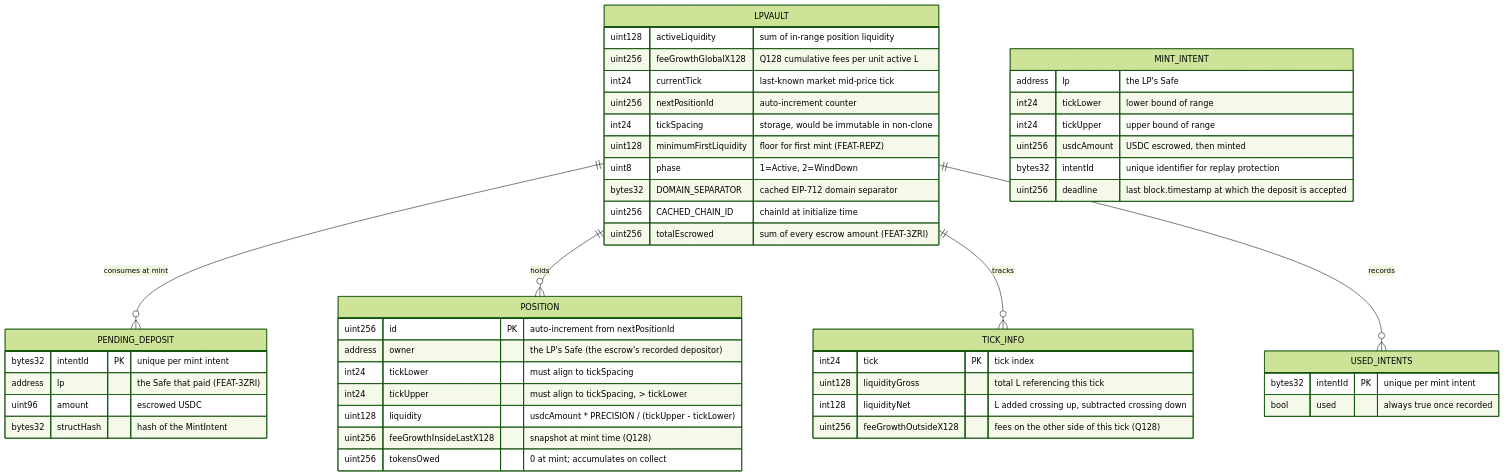
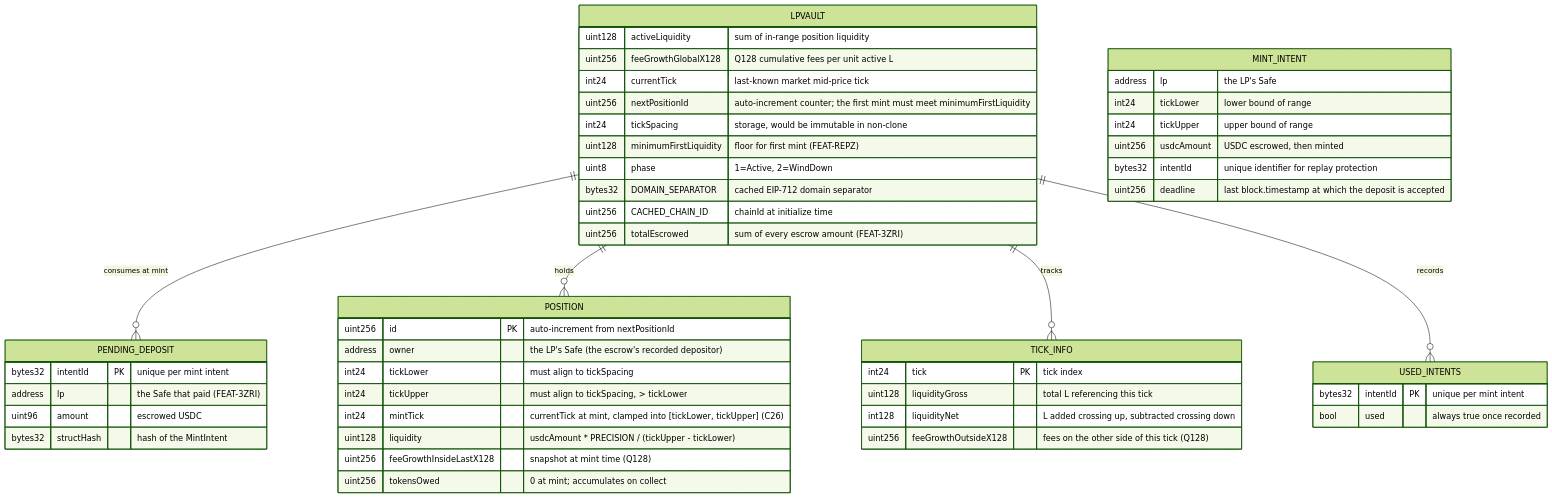
One commit to ProphetMarket/lp-vaults changed the third of 3 diagrams in specs/features/contracts/FEAT-T7AF-mint-lp-position/ARCHITECTURE.md. Above: the diagram before and after it, drawn with Mermaid (forest theme). The commit also changed other lines of this file and 14 other files, not shown here.

First line of the commit message:
spec (vault): Specify the mint tick and the merge guards

````diff
--- a/specs/features/contracts/FEAT-T7AF-mint-lp-position/ARCHITECTURE.md
+++ b/specs/features/contracts/FEAT-T7AF-mint-lp-position/ARCHITECTURE.md
@@ -53,52 +53,53 @@
 ```mermaid
 erDiagram
     LPVAULT {
         uint128 activeLiquidity "sum of in-range position liquidity"
         uint256 feeGrowthGlobalX128 "Q128 cumulative fees per unit active L"
         int24 currentTick "last-known market mid-price tick"
-        uint256 nextPositionId "auto-increment counter"
+        uint256 nextPositionId "auto-increment counter; the first mint must meet minimumFirstLiquidity"
         int24 tickSpacing "storage, would be immutable in non-clone"
         uint128 minimumFirstLiquidity "floor for first mint (FEAT-REPZ)"
         uint8 phase "1=Active, 2=WindDown"
         bytes32 DOMAIN_SEPARATOR "cached EIP-712 domain separator"
         uint256 CACHED_CHAIN_ID "chainId at initialize time"
         uint256 totalEscrowed "sum of every escrow amount (FEAT-3ZRI)"
     }
     LPVAULT ||--o{ PENDING_DEPOSIT : "consumes at mint"
     PENDING_DEPOSIT {
         bytes32 intentId PK "unique per mint intent"
         address lp "the Safe that paid (FEAT-3ZRI)"
         uint96 amount "escrowed USDC"
         bytes32 structHash "hash of the MintIntent"
     }
     LPVAULT ||--o{ POSITION : "holds"
     LPVAULT ||--o{ TICK_INFO : "tracks"
     LPVAULT ||--o{ USED_INTENTS : "records"
     POSITION {
         uint256 id PK "auto-increment from nextPositionId"
         address owner "the LP's Safe (the escrow's recorded depositor)"
         int24 tickLower "must align to tickSpacing"
         int24 tickUpper "must align to tickSpacing, > tickLower"
+        int24 mintTick "currentTick at mint, clamped into [tickLower, tickUpper] (C26)"
         uint128 liquidity "usdcAmount * PRECISION / (tickUpper - tickLower)"
         uint256 feeGrowthInsideLastX128 "snapshot at mint time (Q128)"
         uint256 tokensOwed "0 at mint; accumulates on collect"
     }
     TICK_INFO {
         int24 tick PK "tick index"
         uint128 liquidityGross "total L referencing this tick"
         int128 liquidityNet "L added crossing up, subtracted crossing down"
         uint256 feeGrowthOutsideX128 "fees on the other side of this tick (Q128)"
     }
     USED_INTENTS {
         bytes32 intentId PK "unique per mint intent"
         bool used "always true once recorded"
     }
     MINT_INTENT {
         address lp "the LP's Safe"
         int24 tickLower "lower bound of range"
         int24 tickUpper "upper bound of range"
         uint256 usdcAmount "USDC escrowed, then minted"
         bytes32 intentId "unique identifier for replay protection"
         uint256 deadline "last block.timestamp at which the deposit is accepted"
     }
 ```
````
